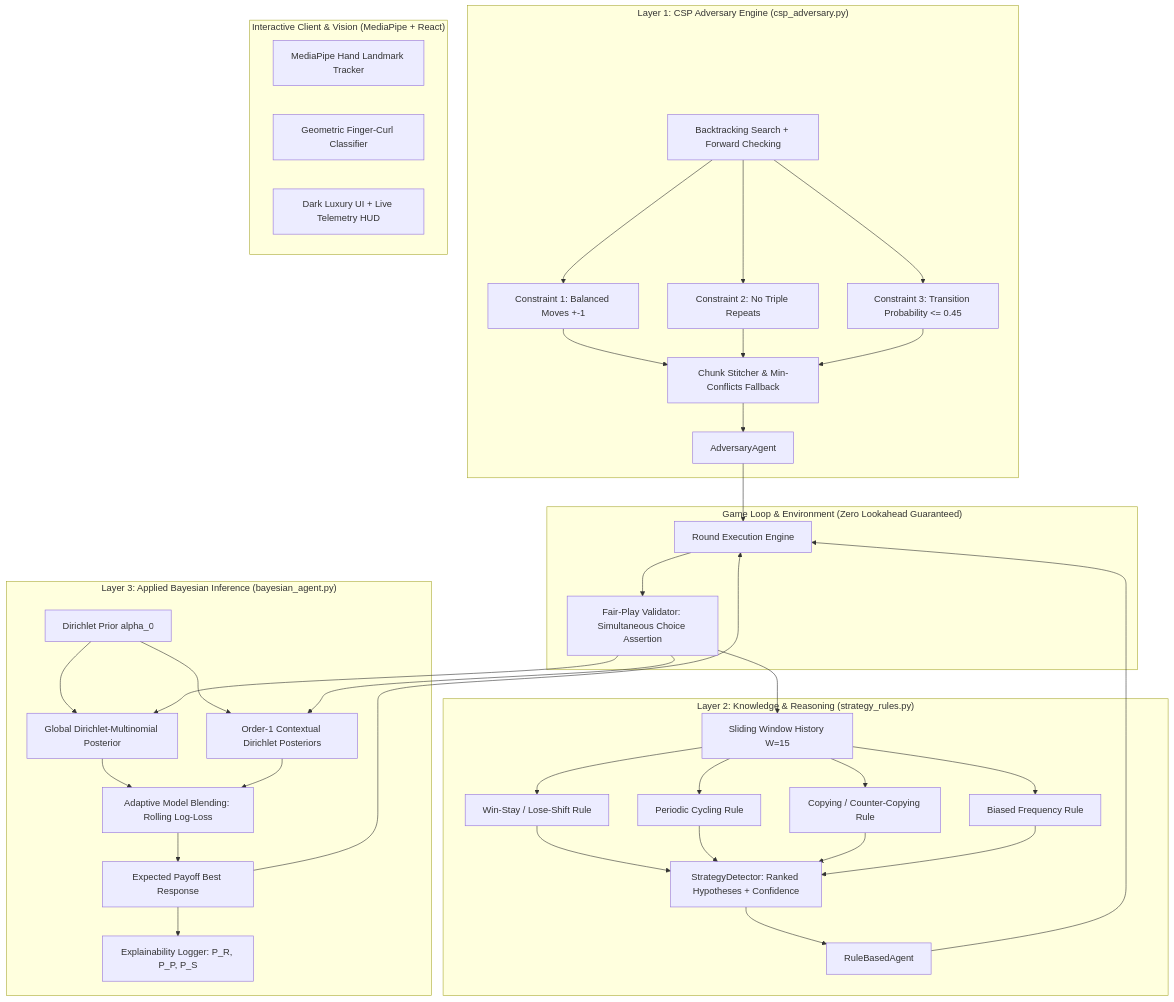
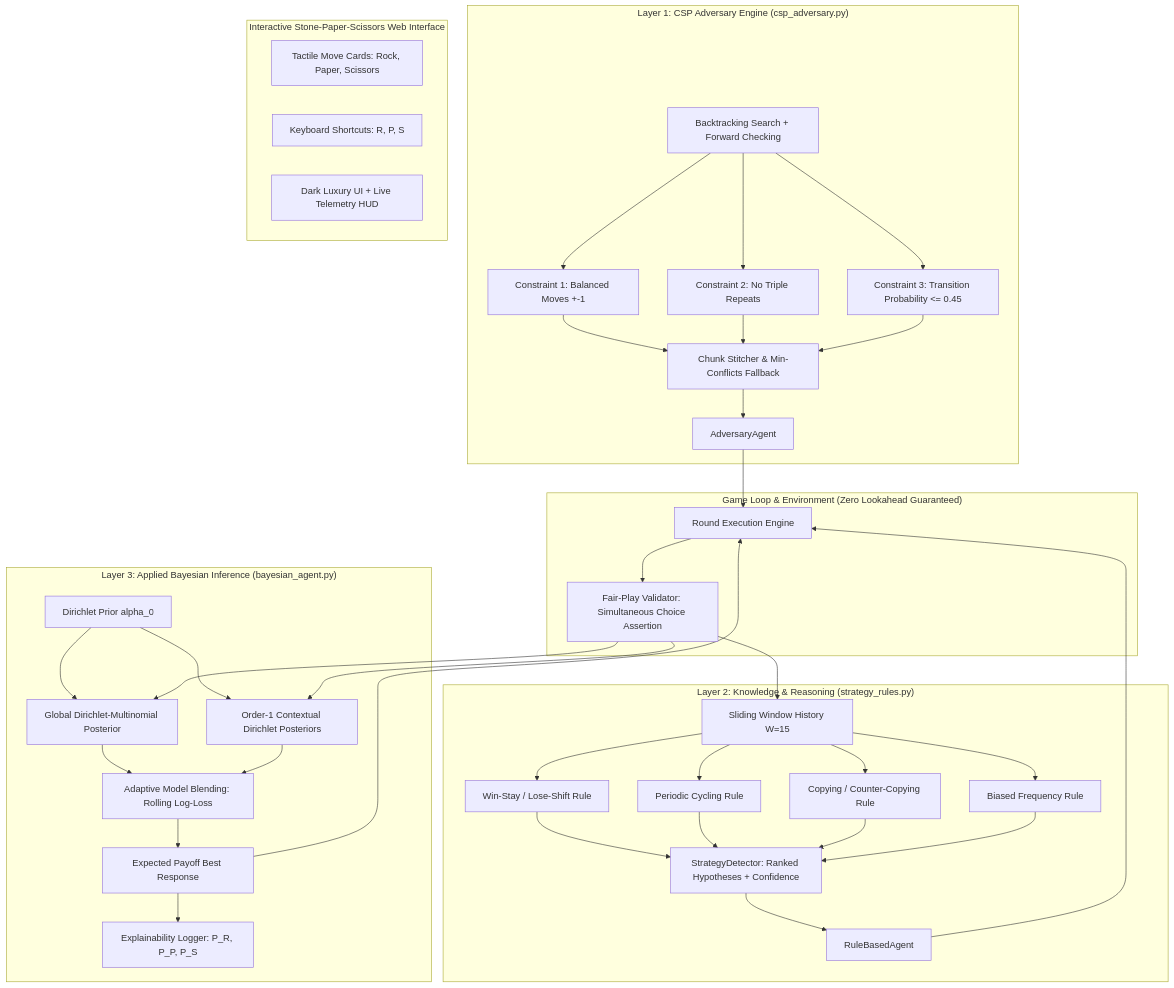
Before and after one commit to mrityunjayspidy-sys/Rock_Paper_scissor: the diagram in README.md, drawn with Mermaid. The commit also changed other lines of this file and 14 other files, not shown here.

Commit message:
refactor: Remove camera module and vision dependencies, streamline into pure Stone-Paper-Scissors web app

````diff
--- a/README.md
+++ b/README.md
@@ -42,52 +42,52 @@
 ```mermaid
 graph TD
     subgraph Environment ["Game Loop & Environment (Zero Lookahead Guaranteed)"]
         GL[Round Execution Engine]
         VAL[Fair-Play Validator: Simultaneous Choice Assertion]
     end
 
     subgraph Layer1 ["Layer 1: CSP Adversary Engine (csp_adversary.py)"]
         CSP_GEN[Backtracking Search + Forward Checking]
         CONSTR1[Constraint 1: Balanced Moves +-1]
         CONSTR2[Constraint 2: No Triple Repeats]
         CONSTR3[Constraint 3: Transition Probability <= 0.45]
         STITCH[Chunk Stitcher & Min-Conflicts Fallback]
         ADV_AGENT[AdversaryAgent]
         CSP_GEN --> CONSTR1 & CONSTR2 & CONSTR3 --> STITCH --> ADV_AGENT
     end
 
     subgraph Layer2 ["Layer 2: Knowledge & Reasoning (strategy_rules.py)"]
         HIST_WIN[Sliding Window History W=15]
         R_WSLS[Win-Stay / Lose-Shift Rule]
         R_CYC[Periodic Cycling Rule]
         R_COP[Copying / Counter-Copying Rule]
         R_BIAS[Biased Frequency Rule]
         DETECTOR[StrategyDetector: Ranked Hypotheses + Confidence]
         RULE_AGENT[RuleBasedAgent]
         HIST_WIN --> R_WSLS & R_CYC & R_COP & R_BIAS --> DETECTOR --> RULE_AGENT
     end
 
     subgraph Layer3 ["Layer 3: Applied Bayesian Inference (bayesian_agent.py)"]
         PRIOR[Dirichlet Prior alpha_0]
         GLOBAL_POST[Global Dirichlet-Multinomial Posterior]
         MARKOV_POST[Order-1 Contextual Dirichlet Posteriors]
         BLEND[Adaptive Model Blending: Rolling Log-Loss]
         EXP_UTIL[Expected Payoff Best Response]
         EXPLAIN[Explainability Logger: P_R, P_P, P_S]
         PRIOR --> GLOBAL_POST & MARKOV_POST --> BLEND --> EXP_UTIL
         EXP_UTIL --> EXPLAIN
     end
 
-    subgraph Interface ["Interactive Client & Vision (MediaPipe + React)"]
-        MP[MediaPipe Hand Landmark Tracker]
-        CURL[Geometric Finger-Curl Classifier]
+    subgraph Interface ["Interactive Stone-Paper-Scissors Web Interface"]
+        CARD[Tactile Move Cards: Rock, Paper, Scissors]
+        HOTKEY[Keyboard Shortcuts: R, P, S]
         HUD[Dark Luxury UI + Live Telemetry HUD]
     end
 
     ADV_AGENT --> GL
     RULE_AGENT --> GL
     EXP_UTIL --> GL
     GL --> VAL
     VAL --> HIST_WIN
     VAL --> GLOBAL_POST & MARKOV_POST
 ```
````
